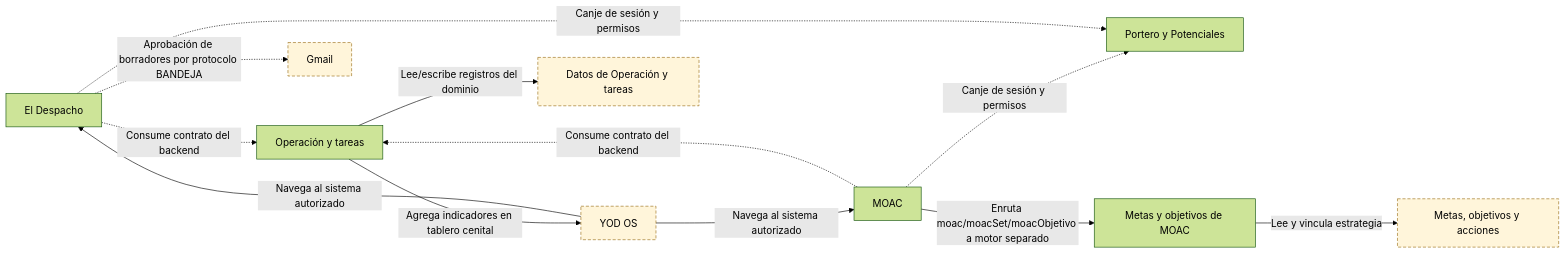
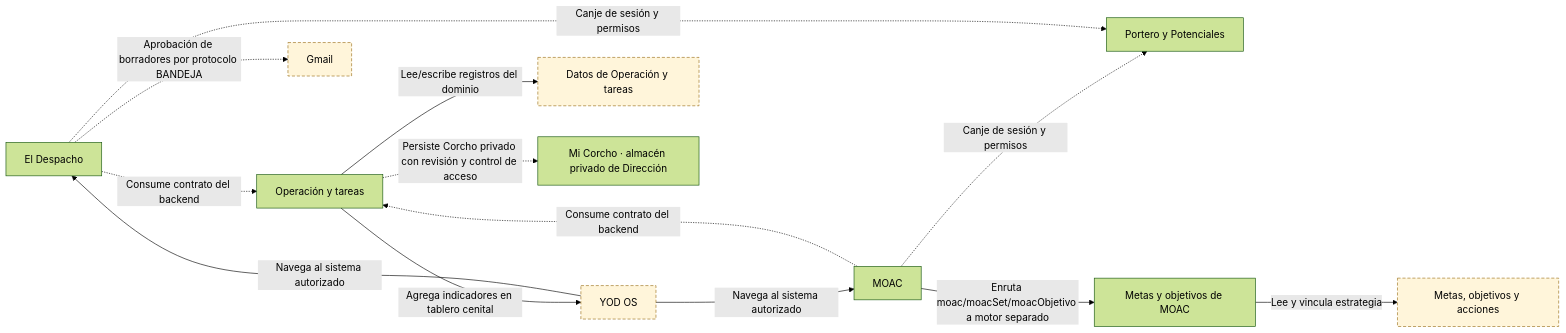
One commit to yodesarrollomx/yod-portal changed the first of 11 diagrams in docs/arquitectura/mapas.md. Above: the diagram before and after it, drawn with Mermaid (forest theme). The commit also changed other lines of this file and 7 other files, not shown here.

Commit message:
docs: registrar almacén privado y control de acceso del Corcho

````diff
--- a/docs/arquitectura/mapas.md
+++ b/docs/arquitectura/mapas.md
@@ -9,28 +9,30 @@
 ```mermaid
 flowchart LR
   n_SYS_DESPACHO["El Despacho"]
   n_SYS_TAREAS["MOAC"]
   n_SYS_YOD_OS["YOD OS"]
   n_GAS_PORTERO["Portero y Potenciales"]
   n_GAS_OPERACION["Operación y tareas"]
   n_SHEET_OPERACION["Datos de Operación y tareas"]
   n_EXT_GMAIL["Gmail"]
   n_GAS_MOAC_METAS["Metas y objetivos de MOAC"]
   n_SHEET_MOAC_METAS["Metas, objetivos y acciones"]
+  n_STORE_DESPACHO_CORCHO["Mi Corcho · almacén privado de Dirección"]
   n_GAS_OPERACION -->|Lee/escribe registros del dominio| n_SHEET_OPERACION
   n_SYS_DESPACHO -.->|Consume contrato del backend| n_GAS_OPERACION
   n_SYS_TAREAS -.->|Consume contrato del backend| n_GAS_OPERACION
   n_SYS_YOD_OS -->|Navega al sistema autorizado| n_SYS_DESPACHO
   n_SYS_YOD_OS -->|Navega al sistema autorizado| n_SYS_TAREAS
   n_SYS_TAREAS -.->|Canje de sesión y permisos| n_GAS_PORTERO
   n_SYS_DESPACHO -.->|Canje de sesión y permisos| n_GAS_PORTERO
   n_GAS_OPERACION -->|Agrega indicadores en tablero cenital| n_SYS_YOD_OS
   n_SYS_DESPACHO -.->|Aprobación de borradores por protocolo BANDEJA| n_EXT_GMAIL
   n_SYS_TAREAS -->|Enruta moac/moacSet/moacObjetivo a motor separado| n_GAS_MOAC_METAS
   n_GAS_MOAC_METAS -->|Lee y vincula estrategia| n_SHEET_MOAC_METAS
+  n_GAS_OPERACION -.->|Persiste Corcho privado con revisión y control de acceso| n_STORE_DESPACHO_CORCHO
   classDef pendiente fill:#fff5da,stroke:#996d16,stroke-dasharray:5 3;
   class n_SYS_YOD_OS pendiente;
   class n_SHEET_OPERACION pendiente;
   class n_EXT_GMAIL pendiente;
   class n_SHEET_MOAC_METAS pendiente;
 ```
````
